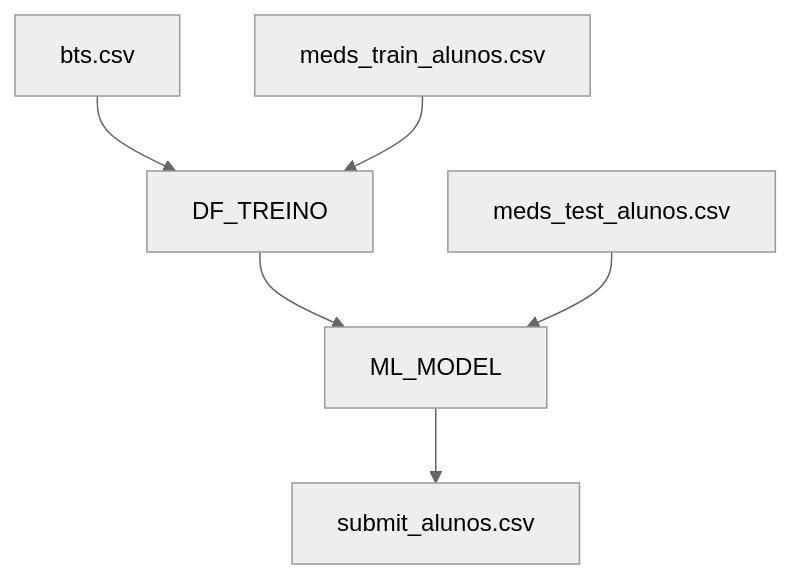
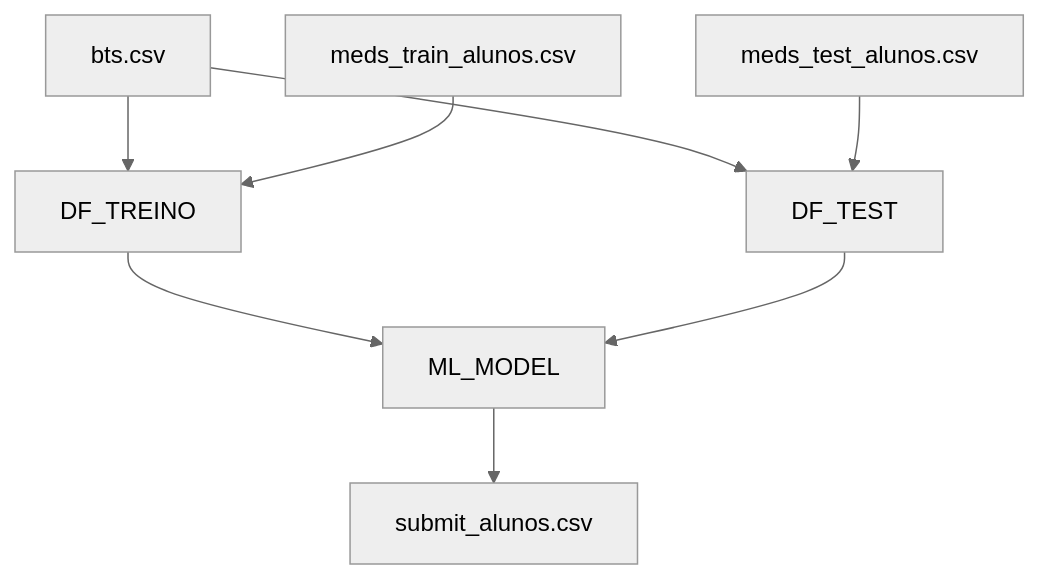
One commit to timotrob/PComLocDados changed the diagram in README.md. Above: the diagram before and after it, drawn with Mermaid (neutral theme).

````diff
--- a/README.md
+++ b/README.md
@@ -89,8 +89,10 @@
 ```mermaid
 graph TD;
     bts.csv-->DF_TREINO;
+     bts.csv-->DF_TEST;
      meds_train_alunos.csv-->DF_TREINO;
      DF_TREINO-->ML_MODEL;
-     meds_test_alunos.csv-->ML_MODEL;
+     meds_test_alunos.csv-->DF_TEST;
+      DF_TEST-->ML_MODEL;
     ML_MODEL-->submit_alunos.csv;
 ```
````
